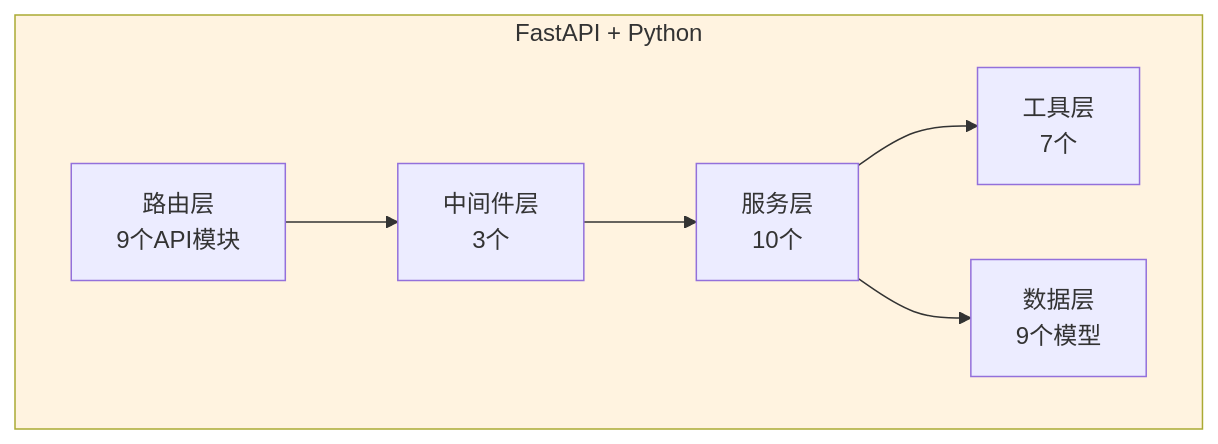
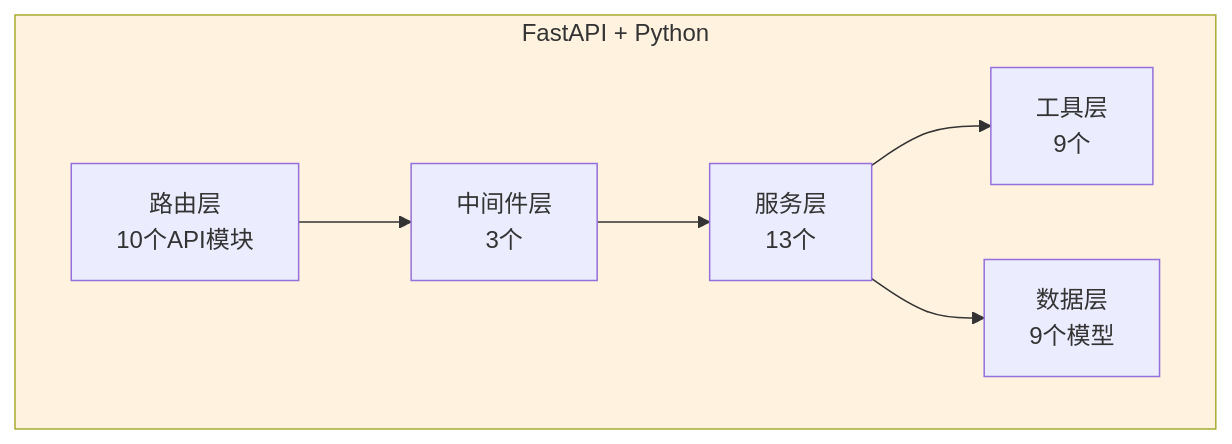
The sixth of 16 diagrams in doc/07_系统架构图.md (NanamiKite/radioManger), drawn with Mermaid before and after one commit. The commit also changed other lines of this file and 9 other files, not shown here.

````diff
--- a/doc/07_系统架构图.md
+++ b/doc/07_系统架构图.md
@@ -150,17 +152,17 @@
 ```mermaid
 graph TB
     subgraph Backend["FastAPI + Python"]
-        Route["路由层<br/>9个API模块"]
+        Route["路由层<br/>10个API模块"]
         Middleware["中间件层<br/>3个"]
-        Service["服务层<br/>10个"]
-        Utils["工具层<br/>7个"]
+        Service["服务层<br/>13个"]
+        Utils["工具层<br/>9个"]
         Model["数据层<br/>9个模型"]
     end
 
     Route --> Middleware
     Middleware --> Service
     Service --> Utils
     Service --> Model
 
     style Backend fill:#fff3e0
 ```
````
